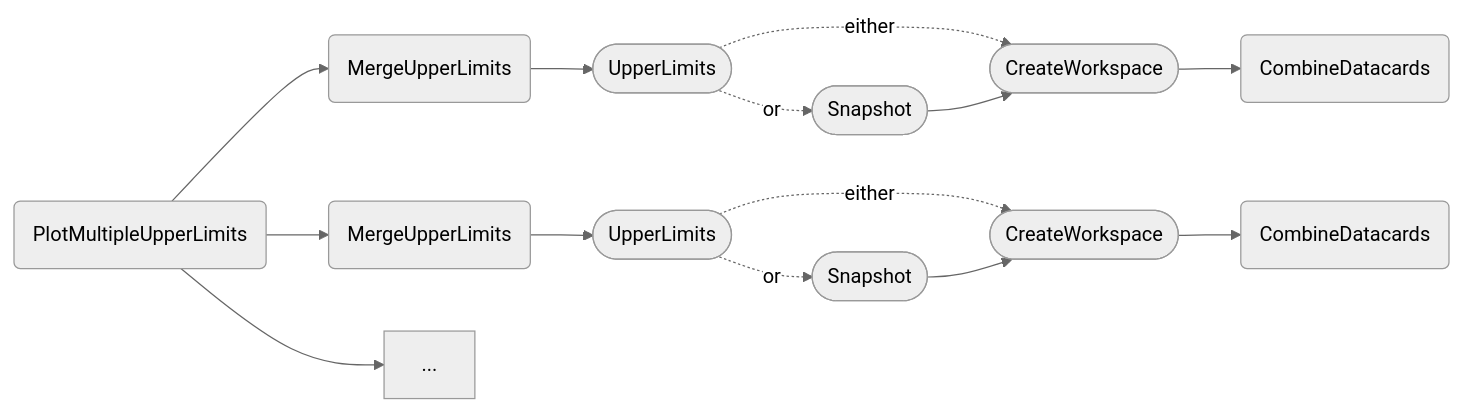
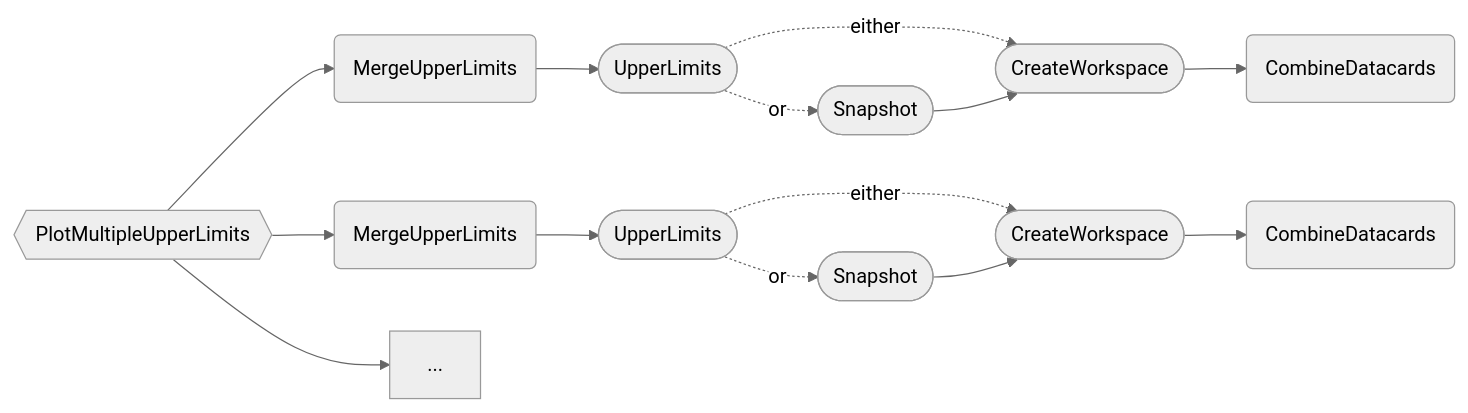
Before and after one commit to cms-hh/inference_tools: the second of 3 diagrams in docs/content/tasks/limits.md, drawn with Mermaid (neutral theme). The commit also changed other lines of this file and 6 other files, not shown here.

````diff
--- a/docs/content/tasks/limits.md
+++ b/docs/content/tasks/limits.md
@@ -129,16 +129,16 @@
 ```mermaid
 graph LR;
-    A(PlotMultipleUpperLimits) --> B1(MergeUpperLimits);
+    A{{PlotMultipleUpperLimits}} --> B1(MergeUpperLimits);
     A --> B2(MergeUpperLimits);
     A --> ...;
     B1 --> C1([UpperLimits]);
     B2 --> C2([UpperLimits]);
     C1 -. either .-> D1([CreateWorkspace]);
     C2 -. either .-> D2([CreateWorkspace]);
     D1 --> E1(CombineDatacards);
     D2 --> E2(CombineDatacards);
     C1 -. or .-> F1([Snapshot]);
     C2 -. or .-> F2([Snapshot]);
     F1 --> D1;
     F2 --> D2;
 ```
````
